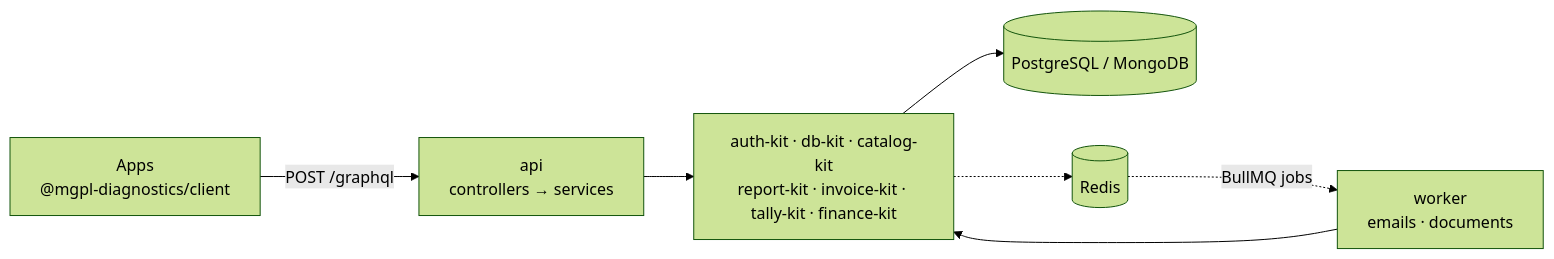
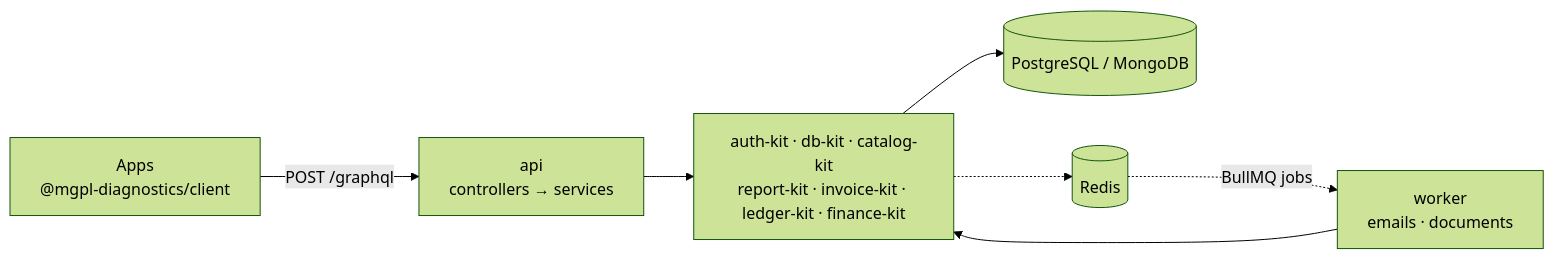
The diagram in README.md (mgpl-diagnostics/api), drawn with Mermaid (forest theme) before and after one commit. The commit also changed other lines of this file and 23 other files, not shown here.

First line of the commit message:
feat: kits from GitHub Packages; ledger-kit; db-kit 2.0.0 (#7)

````diff
--- a/README.md
+++ b/README.md
@@ -22,9 +22,9 @@
 ```mermaid
 flowchart LR
   APP["Apps<br/>@mgpl-diagnostics/client"] -- "POST /graphql" --> API["api<br/>controllers → services"]
-  API --> K["auth-kit · db-kit · catalog-kit<br/>report-kit · invoice-kit · tally-kit · finance-kit"]
+  API --> K["auth-kit · db-kit · catalog-kit<br/>report-kit · invoice-kit · ledger-kit · finance-kit"]
   K --> DB[("PostgreSQL / MongoDB")]
   K -.-> R[("Redis")]
   R -. "BullMQ jobs" .-> W["worker<br/>emails · documents"]
   W --> K
 ```
````
